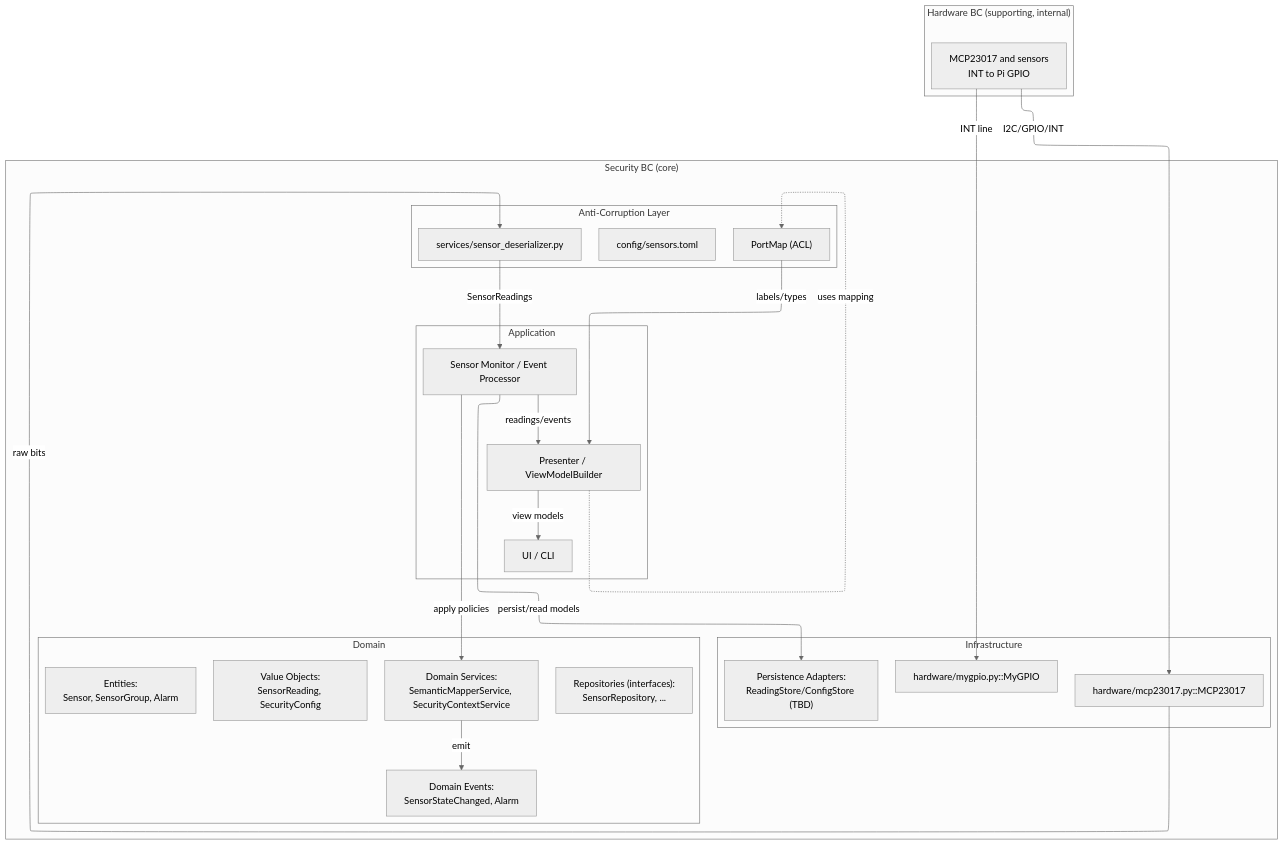
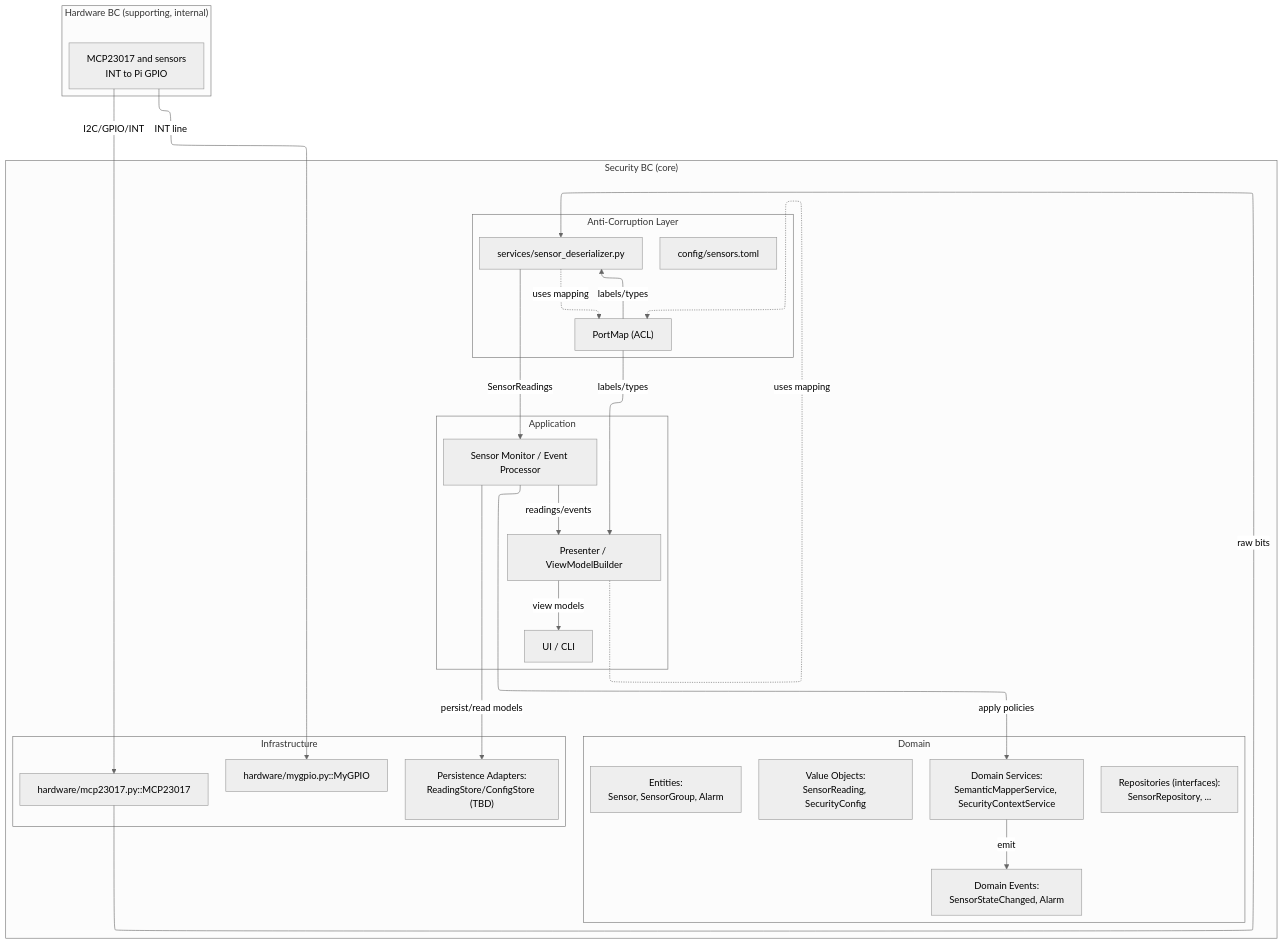
The diagram in docs/06-architecture-overview.md (dareno/hsec), drawn with Mermaid (neutral theme) before and after one commit. The commit also changed 8 other files, not shown here.

Commit message:
feat(services): ST-005 sensor deserializer + unit tests; docs: align domain model/architecture and release plan

````diff
--- a/docs/06-architecture-overview.md
+++ b/docs/06-architecture-overview.md
@@ -18,56 +18,60 @@
 ```mermaid
 %%{init: {"layout": "elk"}}%%
 
 graph TD
 subgraph HWBC["Hardware BC (supporting, internal)"]
   HW["MCP23017 and sensors<br/>INT to Pi GPIO"]
 end
 
 subgraph SECBC["Security BC (core)"]
     direction LR
 
     subgraph APP[Application]
       Monitor["Sensor Monitor / Event Processor"]
       Presenter["Presenter / ViewModelBuilder"]
       UI["UI / CLI"]
     end
 
     subgraph DOM[Domain]
       Services["Domain Services:<br/>SemanticMapperService, SecurityContextService"]
       Entities["Entities:<br/>Sensor, SensorGroup, Alarm"]
       Events["Domain Events:<br/>SensorStateChanged, Alarm"]
       Values["Value Objects:<br/>SensorReading, SecurityConfig"]
       Repos["Repositories (interfaces):<br/>SensorRepository, ..."]
     end
 
     subgraph INF[Infrastructure]
       MCPDrv["hardware/mcp23017.py::MCP23017"]
       GPIO["hardware/mygpio.py::MyGPIO"]
       Store["Persistence Adapters:<br/>ReadingStore/ConfigStore (TBD)"]
     end
 
     subgraph ACL[Anti-Corruption Layer]
       Cfg["config/sensors.toml"]
       PortMap["PortMap (ACL)"]
       Deser["services/sensor_deserializer.py"]
     end
   end
 
   %% Wiring (solid=data; dashed=dependency)
   HW -->|I2C/GPIO/INT| MCPDrv
   HW -->|INT line| GPIO
 
   MCPDrv -->|raw bits| Deser
   Deser -->|SensorReadings| Monitor
 
   %% Presentation flow
   Monitor -->|readings/events| Presenter
   PortMap -->|labels/types| Presenter
   Presenter -.->|uses mapping| PortMap
   Presenter -->|view models| UI
 
+  %% Mapping for deserialization
+  PortMap -->|labels/types| Deser
+  Deser -.->|uses mapping| PortMap
+
   %% App flow
   Monitor -->|apply policies| Services
   Services -->|emit| Events
   Monitor -->|persist/read models| Store
 ```
````
